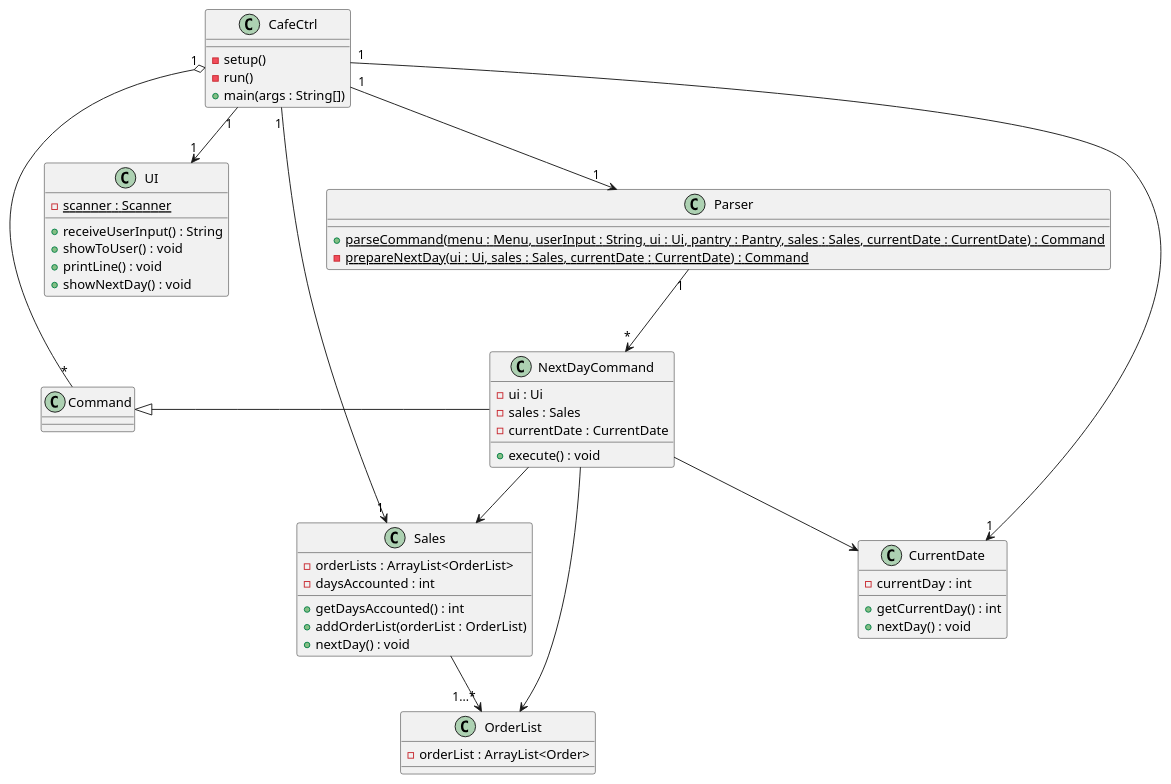
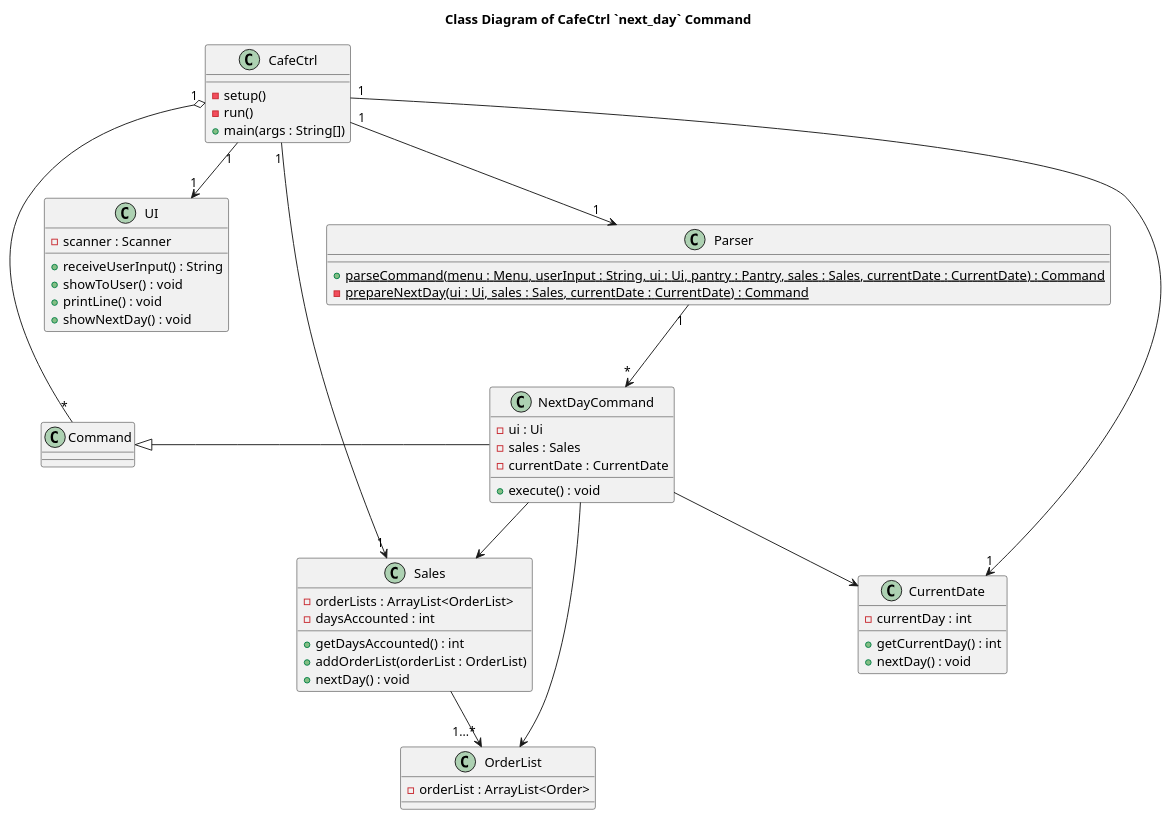
The diagram in docs/diagrams/class/NextDayCommandClass.puml (nus-cs2113-AY2324S1/tp), drawn with PlantUML before and after one commit. The commit also changed 1 other file, not shown here.

Commit message:
Update DG for NextDayCommand

```diff
--- a/docs/diagrams/class/NextDayCommandClass.puml
+++ b/docs/diagrams/class/NextDayCommandClass.puml
@@ -1,65 +1,67 @@
 @startuml
 'https://plantuml.com/class-diagram
+
+title Class Diagram of CafeCtrl `next_day` Command
 
 CafeCtrl "1" --> "1" UI
 CafeCtrl "1" --> "1" Parser
 CafeCtrl "1" --> "1" Sales
 CafeCtrl "1" --> "1" CurrentDate
 CafeCtrl "1" o-- "*" Command
 
 Command <|- NextDayCommand
 Parser "1" --> "*" NextDayCommand
 NextDayCommand --> OrderList
 NextDayCommand --> CurrentDate
 NextDayCommand --> Sales
 Sales --> "1...*" OrderList
 
 class CafeCtrl {
 - setup()
 - run()
 + main(args : String[])
 }
 
 class Command {
 
 }
 
 class UI {
-{static} - scanner : Scanner
+- scanner : Scanner
 + receiveUserInput() : String
 + showToUser() : void
 + printLine() : void
 + showNextDay() : void
 }
 
 class NextDayCommand {
 - ui : Ui
 - sales : Sales
 - currentDate : CurrentDate
 + execute() : void
 }
 
 class Parser {
 {static} + parseCommand(menu : Menu, userInput : String, ui : Ui, pantry : Pantry, sales : Sales, currentDate : CurrentDate) : Command
 {static} - prepareNextDay(ui : Ui, sales : Sales, currentDate : CurrentDate) : Command
 }
 
 class OrderList {
 - orderList : ArrayList<Order>
 }
 
 class Sales {
 - orderLists : ArrayList<OrderList>
 - daysAccounted : int
 + getDaysAccounted() : int
 + addOrderList(orderList : OrderList)
 + nextDay() : void
 }
 
 class CurrentDate {
 - currentDay : int
 + getCurrentDay() : int
 + nextDay() : void
 }
 
 @enduml
```
